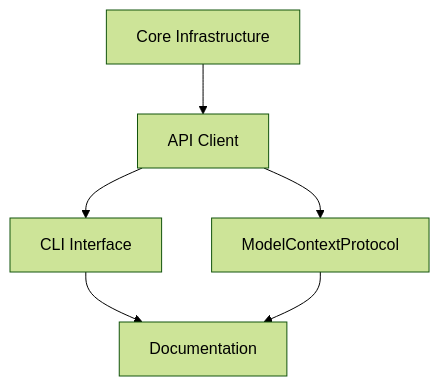
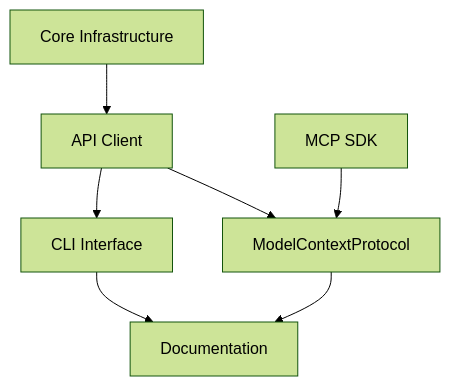
Before and after one commit to The-Focus-AI/buttondown-mcp: the diagram in memory-bank/project-plan.md, drawn with Mermaid (forest theme). The commit also changed other lines of this file and 8 other files, not shown here.

````diff
--- a/memory-bank/project-plan.md
+++ b/memory-bank/project-plan.md
@@ -56,8 +68,9 @@
 ```mermaid
 graph TD
     A[Core Infrastructure] --> B[API Client]
     B --> C[CLI Interface]
     B --> D[ModelContextProtocol]
     C --> E[Documentation]
     D --> E
+    F[MCP SDK] --> D
 ```
````
